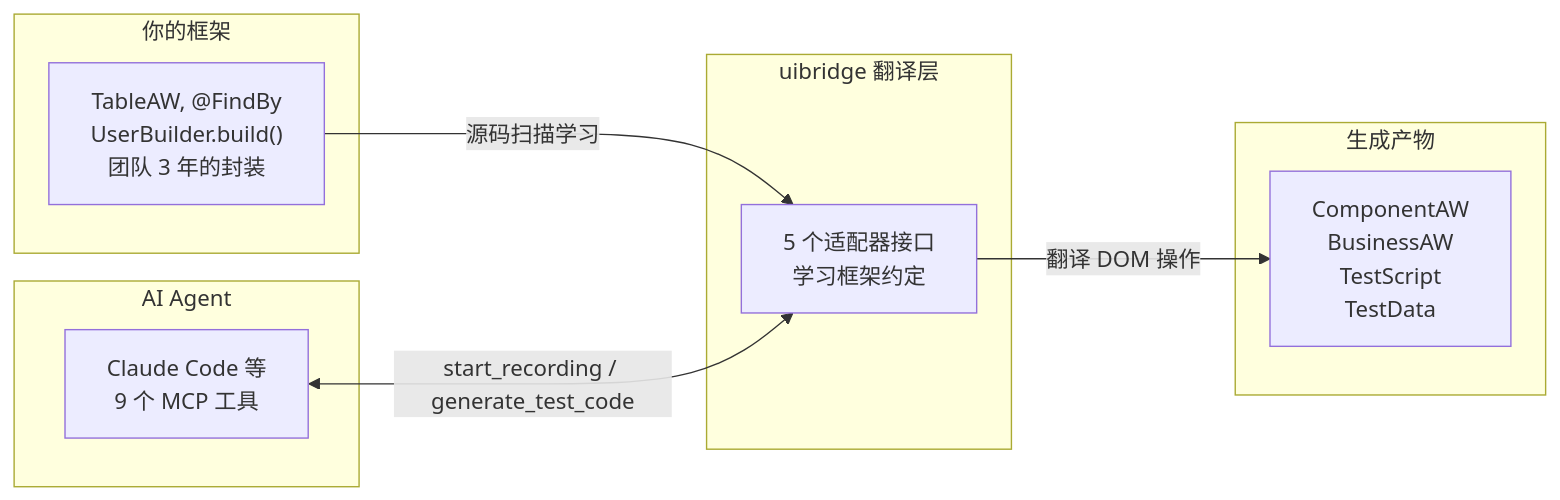
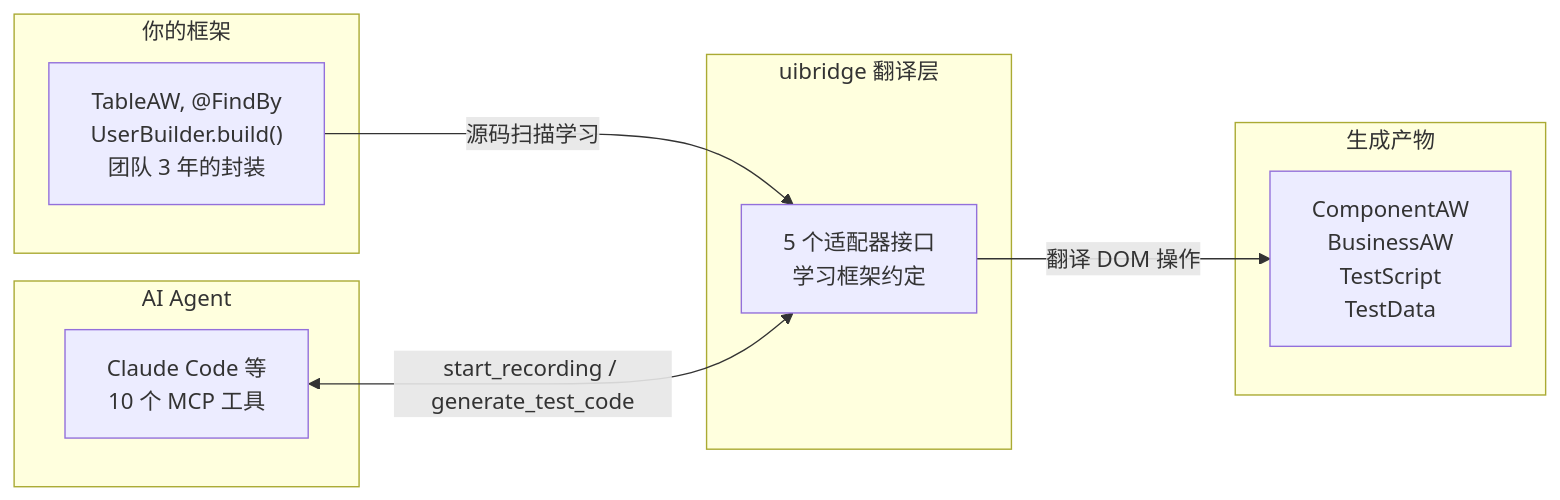
Before and after one commit to timgunnar/UIBridge: the first of 4 diagrams in README.md, drawn with Mermaid. The commit also changed other lines of this file and 27 other files, not shown here.

````diff
--- a/README.md
+++ b/README.md
@@ -7,18 +7,18 @@
 ```mermaid
 graph LR
     subgraph A["你的框架"]
         FW["TableAW, @FindBy<br/>UserBuilder.build()<br/>团队 3 年的封装"]
     end
     subgraph B["uibridge 翻译层"]
         AD["5 个适配器接口<br/>学习框架约定"]
     end
     subgraph C["AI Agent"]
-        AI["Claude Code 等<br/>9 个 MCP 工具"]
+        AI["Claude Code 等<br/>10 个 MCP 工具"]
     end
     subgraph D["生成产物"]
         OUT["ComponentAW<br/>BusinessAW<br/>TestScript<br/>TestData"]
     end
     FW -->|"源码扫描学习"| AD
     AD -->|"翻译 DOM 操作"| OUT
     AI <-->|"start_recording / generate_test_code"| AD
 ```
````
